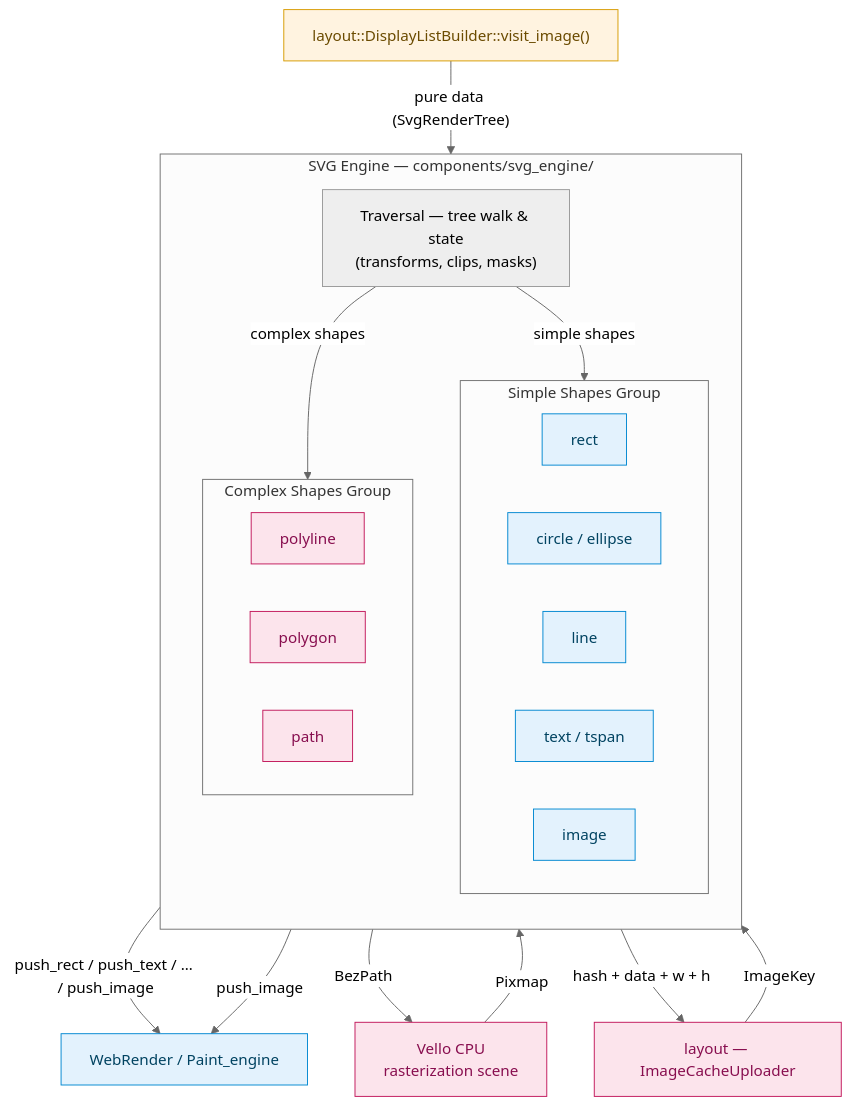
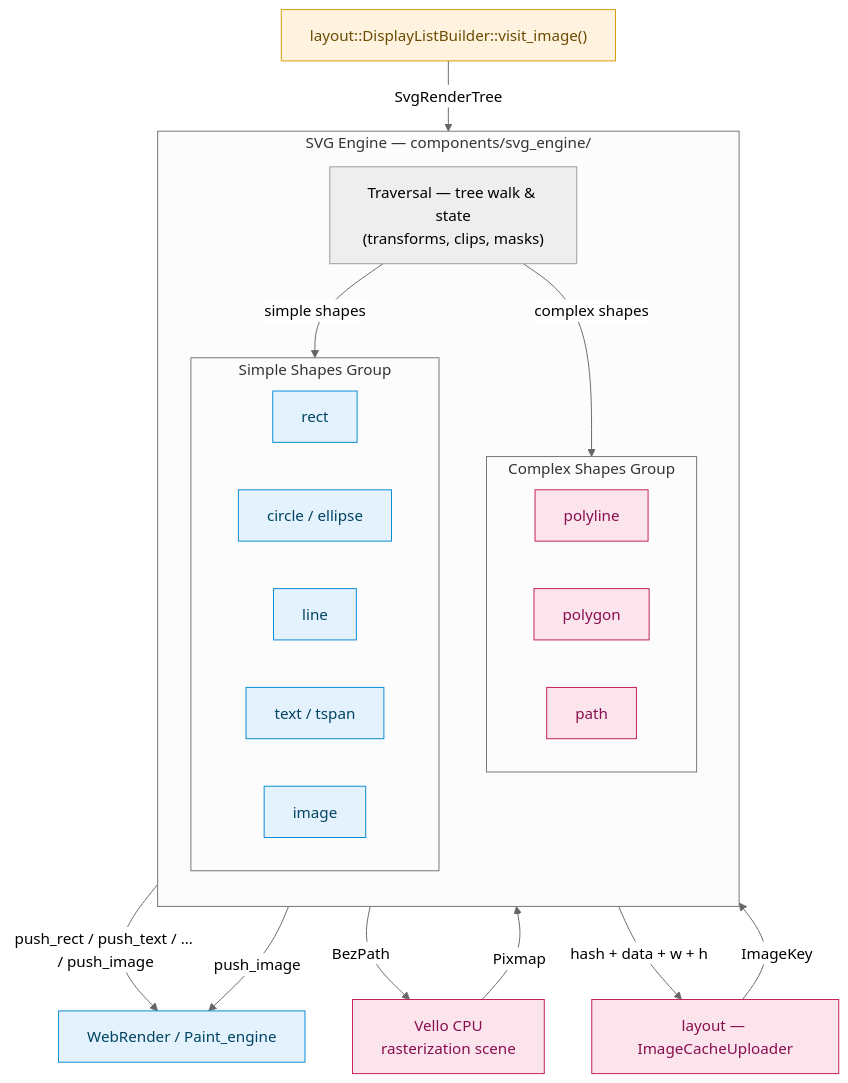
The second of 3 diagrams in components/svg_engine/README.md (mu-mostafa98/servo), drawn with Mermaid (neutral theme) before and after one commit.

````diff
--- a/components/svg_engine/README.md
+++ b/components/svg_engine/README.md
@@ -172,44 +172,44 @@
 ```mermaid
 flowchart TB
     classDef entry fill:#fff3e0,stroke:#d79b00,color:#6b4b00
     classDef native fill:#e3f2fd,stroke:#0288d1,color:#014361
     classDef vello fill:#fce4ec,stroke:#c2185b,color:#880e4f
 
     IL["layout::DisplayListBuilder::visit_image()"]:::entry
 
     subgraph ENG["SVG Engine — components/svg_engine/"]
         direction TB
         TRAV["Traversal — tree walk & state<br/>(transforms, clips, masks)"]
 
+        subgraph COMPLEX["Complex Shapes Group"]
+            direction LR
+            POLYLINE["polyline"]:::vello
+            POLYGON["polygon"]:::vello
+            PATH["path"]:::vello
+        end
+
         subgraph SIMPLE["Simple Shapes Group"]
             direction LR
             RECT["rect"]:::native
             CIRC["circle / ellipse"]:::native
             LINE["line"]:::native
             TEXT["text / tspan"]:::native
             IMG["image"]:::native
         end
 
-        subgraph COMPLEX["Complex Shapes Group"]
-            direction LR
-            POLYLINE["polyline"]:::vello
-            POLYGON["polygon"]:::vello
-            PATH["path"]:::vello
-        end
-
+        TRAV -->|"complex shapes"| COMPLEX
         TRAV -->|"simple shapes"| SIMPLE
-        TRAV -->|"complex shapes"| COMPLEX
     end
 
     WR["WebRender / Paint_engine"]:::native
     VELLO["Vello CPU<br/>rasterization scene"]:::vello
     UPLOAD["layout — ImageCacheUploader"]:::vello
 
-    IL -->|"pure data (SvgRenderTree)"| ENG
+    IL -->|"SvgRenderTree"| TRAV
     SIMPLE -->|"push_rect / push_text / … / push_image"| WR
     COMPLEX -->|"BezPath"| VELLO
     VELLO -->|"Pixmap"| COMPLEX
     COMPLEX -->|"hash + data + w + h"| UPLOAD
     UPLOAD -->|"ImageKey"| COMPLEX
     COMPLEX -->|"push_image"| WR
 ```
````
